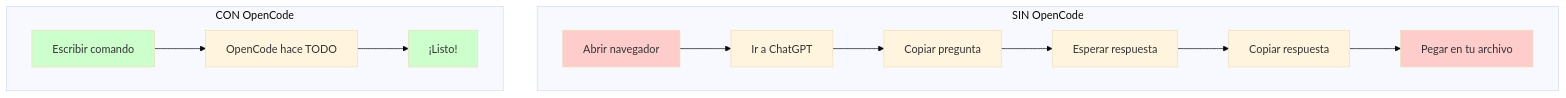
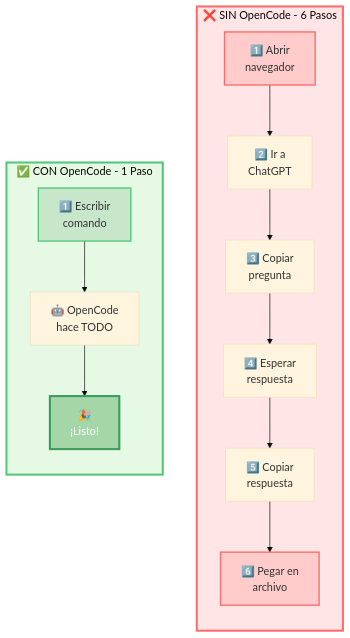
Before and after one commit to Ai-Whisperers/Courses-Content: the fifth of 12 diagrams in courses/🟡-development/FPUNA-2026/00-FUNDAMENTOS-PRINCIPALES/01-configuracion-stack-ia.md, drawn with Mermaid (base theme). The commit also changed other lines of this file, not shown here.

First line of the commit message:
Replace Claude/Anthropic with OpenCode+Zen and improve all Mermaid diagrams

````diff
--- a/courses/🟡-development/FPUNA-2026/00-FUNDAMENTOS-PRINCIPALES/01-configuracion-stack-ia.md
+++ b/courses/🟡-development/FPUNA-2026/00-FUNDAMENTOS-PRINCIPALES/01-configuracion-stack-ia.md
@@ -219,20 +229,23 @@
 ```mermaid
 graph TB
-    subgraph "SIN OpenCode"
-        A1[Abrir navegador] --> A2[Ir a ChatGPT]
-        A2 --> A3[Copiar pregunta]
-        A3 --> A4[Esperar respuesta]
-        A4 --> A5[Copiar respuesta]
-        A5 --> A6[Pegar en tu archivo]
+    subgraph Slow["❌ SIN OpenCode - 6 Pasos"]
+        direction TB
+        A1["1️⃣ Abrir<br/>navegador"] --> A2["2️⃣ Ir a<br/>ChatGPT"]
+        A2 --> A3["3️⃣ Copiar<br/>pregunta"]
+        A3 --> A4["4️⃣ Esperar<br/>respuesta"]
+        A4 --> A5["5️⃣ Copiar<br/>respuesta"]
+        A5 --> A6["6️⃣ Pegar en<br/>archivo"]
     end
     
-    subgraph "CON OpenCode"
-        B1[Escribir comando] --> B2[OpenCode hace TODO]
-        B2 --> B3[¡Listo!]
+    subgraph Fast["✅ CON OpenCode - 1 Paso"]
+        direction TB
+        B1["1️⃣ Escribir<br/>comando"] --> B2["🤖 OpenCode<br/>hace TODO"] --> B3["🎉<br/>¡Listo!"]
     end
     
-    style A1 fill:#ffcccc
-    style A6 fill:#ffcccc
-    style B1 fill:#ccffcc
-    style B3 fill:#ccffcc
+    style Slow fill:#FFE5E5,stroke:#FF6B6B,stroke-width:3px
+    style Fast fill:#E5F9E5,stroke:#50C878,stroke-width:3px
+    style A1 fill:#FFCCCB,stroke:#FF6B6B,stroke-width:2px
+    style A6 fill:#FFCCCB,stroke:#FF6B6B,stroke-width:2px
+    style B1 fill:#C8E6C9,stroke:#50C878,stroke-width:2px
+    style B3 fill:#A5D6A7,stroke:#3A9B5C,stroke-width:3px,color:#fff
 ```
````
